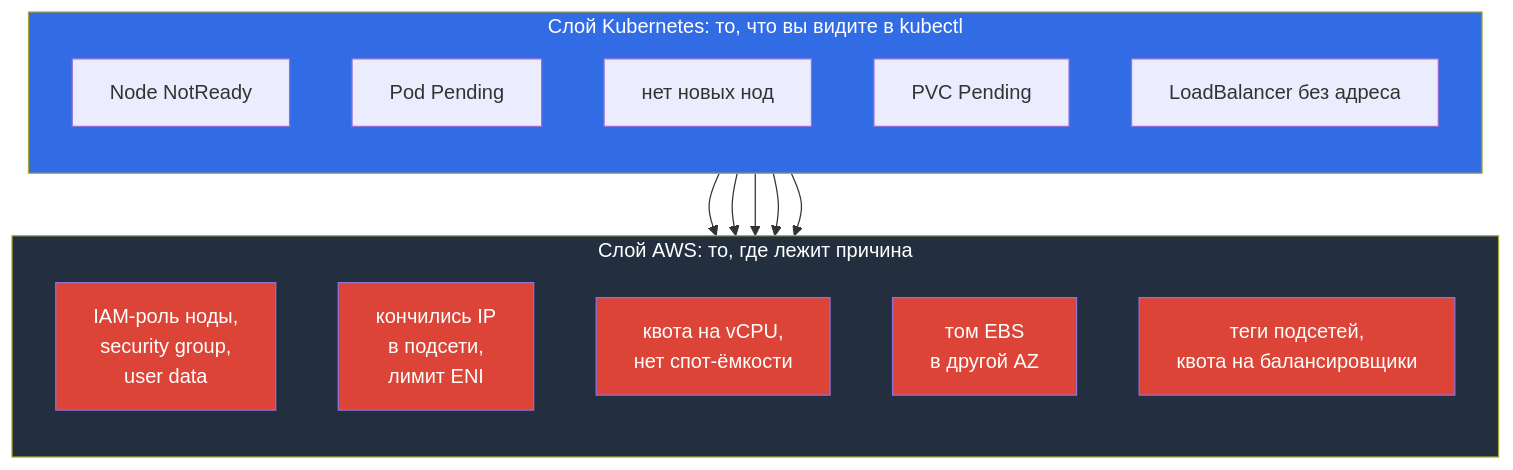
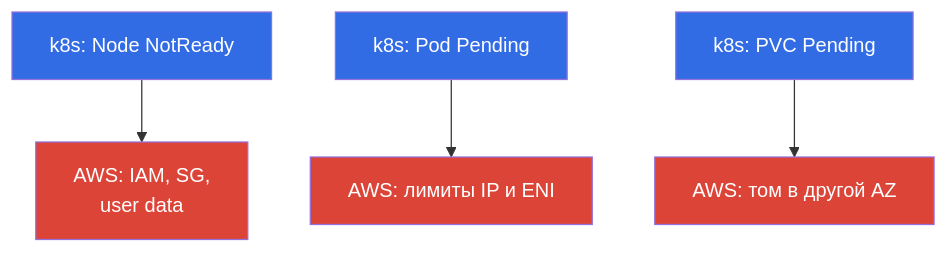
The first of 5 diagrams in tasks/eks/course/00-1-aws/ru.md (ViktorUJ/cks), drawn with Mermaid before and after one commit. The commit also changed other lines of this file and 52 other files, not shown here.

````diff
--- a/tasks/eks/course/00-1-aws/ru.md
+++ b/tasks/eks/course/00-1-aws/ru.md
@@ -51,31 +51,12 @@
 ```mermaid
 flowchart TB
-    subgraph k8s["Слой Kubernetes: то, что вы видите в kubectl"]
-        direction TB
-        s1["Node NotReady"]
-        s2["Pod Pending"]
-        s3["нет новых нод"]
-        s4["PVC Pending"]
-        s5["LoadBalancer без адреса"]
-    end
-    subgraph aws["Слой AWS: то, где лежит причина"]
-        direction TB
-        a1["IAM-роль ноды,<br>security group,<br>user data"]
-        a2["кончились IP<br>в подсети,<br>лимит ENI"]
-        a3["квота на vCPU,<br>нет спот-ёмкости"]
-        a4["том EBS<br>в другой AZ"]
-        a5["теги подсетей,<br>квота на балансировщики"]
-    end
-    s1 --> a1
-    s2 --> a2
-    s3 --> a3
-    s4 --> a4
-    s5 --> a5
-    style k8s fill:#326ce5,color:#fff
-    style aws fill:#232f3e,color:#fff
+    s1["k8s: Node NotReady"] --> a1["AWS: IAM, SG,<br/>user data"]
+    s2["k8s: Pod Pending"] --> a2["AWS: лимиты IP и ENI"]
+    s3["k8s: PVC Pending"] --> a3["AWS: том в другой AZ"]
+    style s1 fill:#326ce5,color:#fff
+    style s2 fill:#326ce5,color:#fff
+    style s3 fill:#326ce5,color:#fff
     style a1 fill:#db4437,color:#fff
     style a2 fill:#db4437,color:#fff
     style a3 fill:#db4437,color:#fff
-    style a4 fill:#db4437,color:#fff
-    style a5 fill:#db4437,color:#fff
 ```
````
